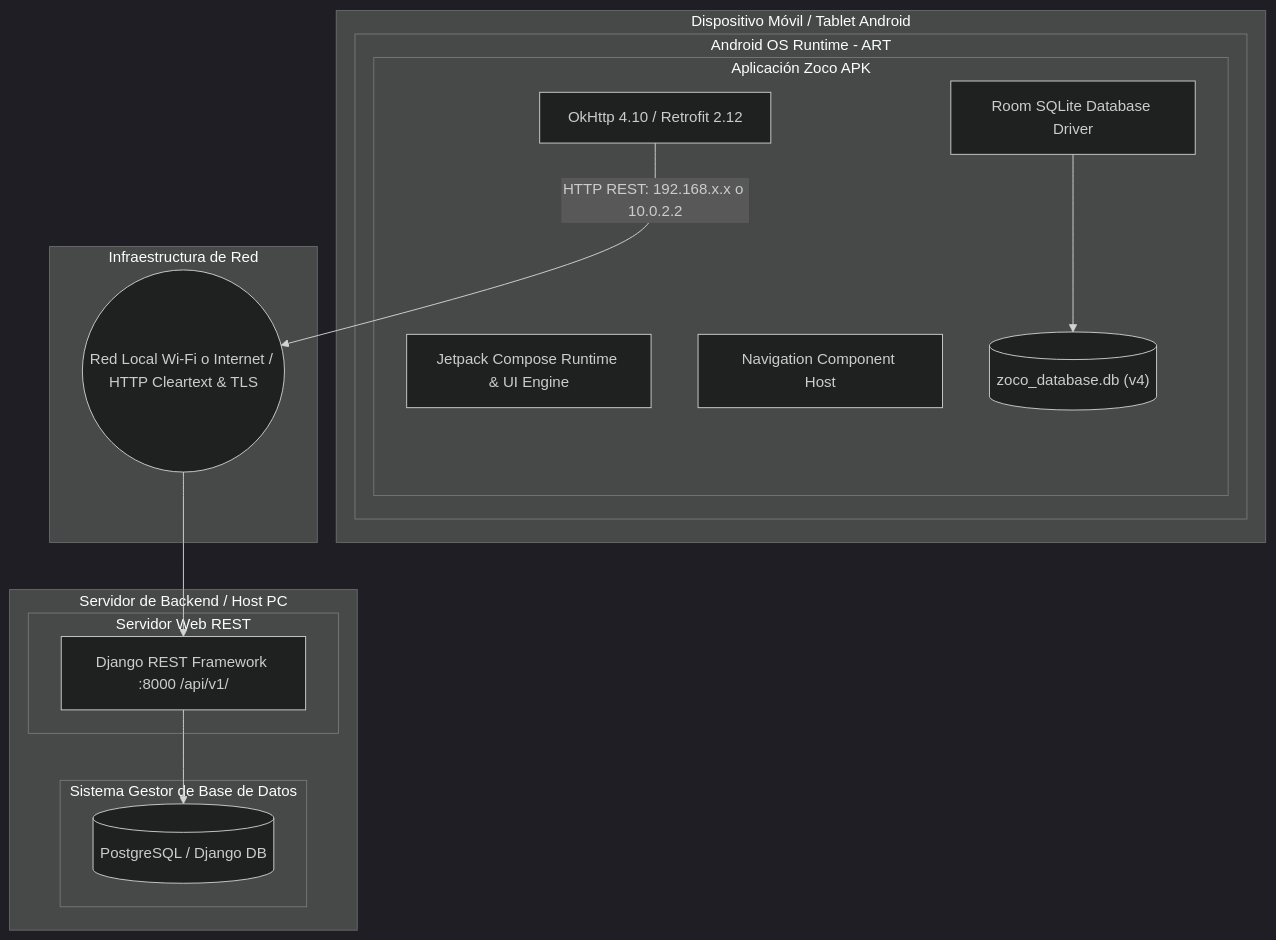
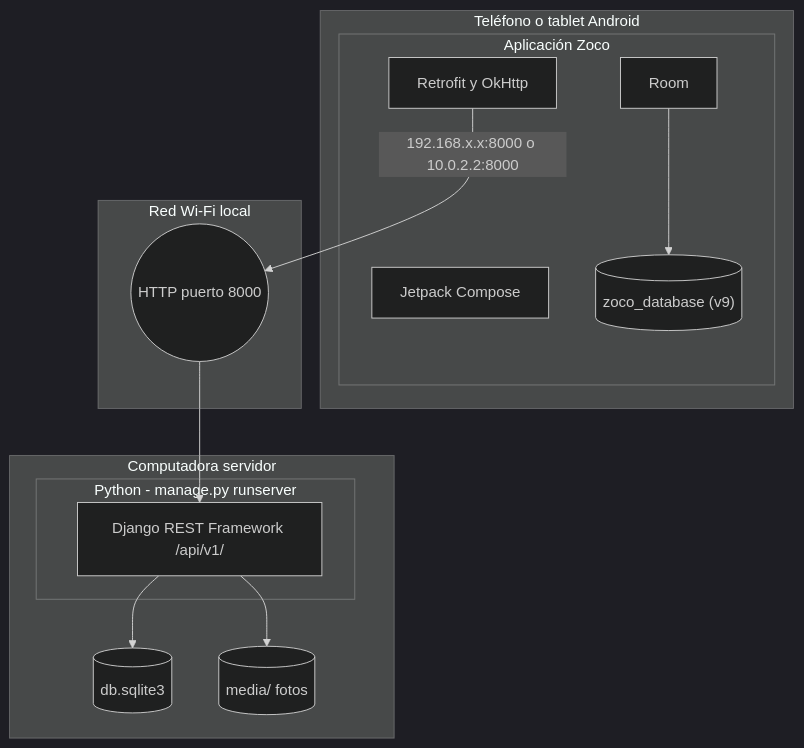
The fifth of 5 diagrams in DOCUMENTO_ARQUITECTURA_Y_REQUERIMIENTOS_ENTREGABLE_FINAL.md (RoberthGo/Zoco--Hyperlocal-E-commerce), drawn with Mermaid (dark theme) before and after one commit. The commit also changed other lines of this file and 8 other files, not shown here.

First line of the commit message:
fix: translate remaining Spanish-only messages; docs: update requirements, DB and UML diagrams

````diff
--- a/DOCUMENTO_ARQUITECTURA_Y_REQUERIMIENTOS_ENTREGABLE_FINAL.md
+++ b/DOCUMENTO_ARQUITECTURA_Y_REQUERIMIENTOS_ENTREGABLE_FINAL.md
@@ -316,32 +400,29 @@
 ```mermaid
 graph TD
-    subgraph Nodo_Cliente [Dispositivo Móvil / Tablet Android]
-        subgraph OS_Android [Android OS Runtime - ART]
-            subgraph APK_Zoco [Aplicación Zoco APK]
-                ComposeRuntime[Jetpack Compose Runtime & UI Engine]
-                NavGraph[Navigation Component Host]
-                RoomEngine[Room SQLite Database Driver]
-                OkHttpClient[OkHttp 4.10 / Retrofit 2.12]
-                LocalDB[("zoco_database.db (v4)")]
-            end
+    subgraph Cliente [Teléfono o tablet Android]
+        subgraph APK [Aplicación Zoco]
+            Compose[Jetpack Compose]
+            RoomEngine[Room]
+            Http[Retrofit y OkHttp]
+            LocalDB[("zoco_database (v9)")]
         end
     end
 
-    subgraph Red_Comunicaciones [Infraestructura de Red]
-        RedLocal((Red Local Wi-Fi o Internet / HTTP Cleartext & TLS))
+    subgraph Red [Red Wi-Fi local]
+        Link((HTTP puerto 8000))
     end
 
-    subgraph Nodo_Servidor [Servidor de Backend / Host PC]
-        subgraph WebServer [Servidor Web REST]
-            API_Django[Django REST Framework :8000 /api/v1/]
+    subgraph Host [Computadora servidor]
+        subgraph Web [Python - manage.py runserver]
+            API[Django REST Framework /api/v1/]
         end
-        subgraph ServerDBMS [Sistema Gestor de Base de Datos]
-            PostgresServer[("PostgreSQL / Django DB")]
-        end
+        ServerDB[("db.sqlite3")]
+        Media[("media/ fotos")]
     end
 
     RoomEngine --> LocalDB
-    OkHttpClient -->|HTTP REST: 192.168.x.x o 10.0.2.2| RedLocal
-    RedLocal --> API_Django
-    API_Django --> PostgresServer
+    Http -->|"192.168.x.x:8000 o 10.0.2.2:8000"| Link
+    Link --> API
+    API --> ServerDB
+    API --> Media
 ```
````
